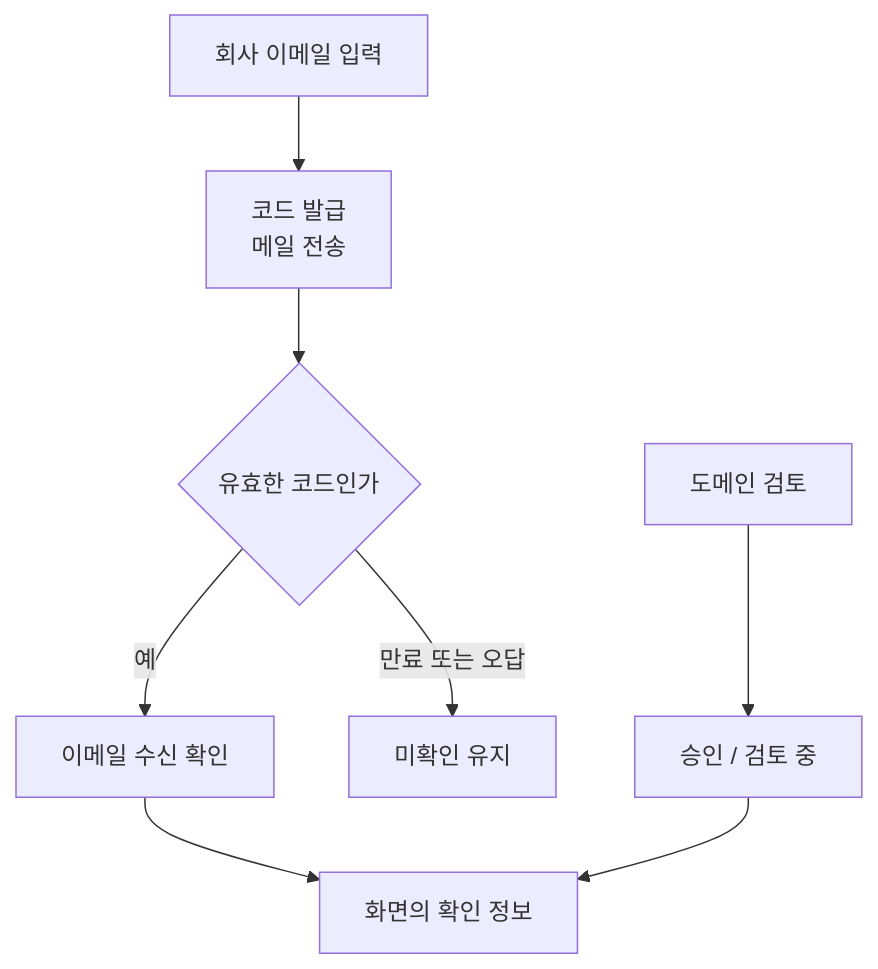
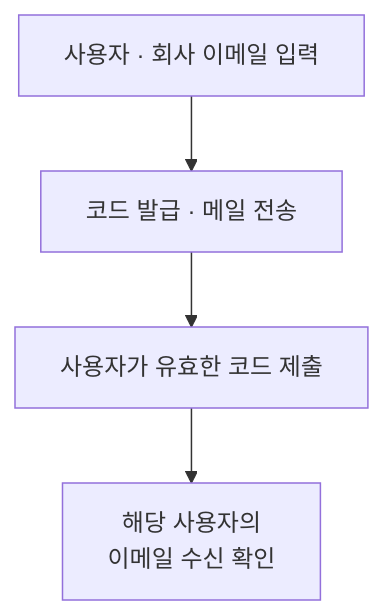
One commit to junho0831/career-ops changed the first of 2 diagrams in docs/posts/2026-06-14-workplace-email-verification.md. Above: the diagram before and after it, drawn with Mermaid. The commit also changed other lines of this file and 18 other files, not shown here.

````diff
--- a/docs/posts/2026-06-14-workplace-email-verification.md
+++ b/docs/posts/2026-06-14-workplace-email-verification.md
@@ -16,10 +17,6 @@
 ```mermaid
 flowchart TD
- E["회사 이메일 입력"] --> C["코드 발급<br/>메일 전송"]
- C --> V{"유효한 코드인가"}
- V -->|예| M["이메일 수신 확인"]
- V -->|만료 또는 오답| U["미확인 유지"]
- D["도메인 검토"] --> A["승인 / 검토 중"]
- M --> P["화면의 확인 정보"]
- A --> P
+ E["사용자 · 회사 이메일 입력"] --> C["코드 발급 · 메일 전송"]
+ C --> V["사용자가 유효한 코드 제출"]
+ V --> M["해당 사용자의<br/>이메일 수신 확인"]
 ```
````
